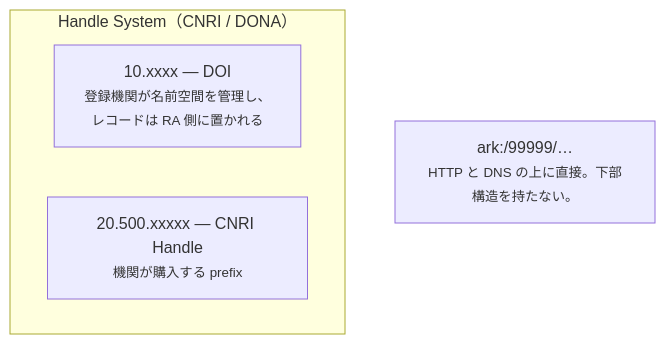
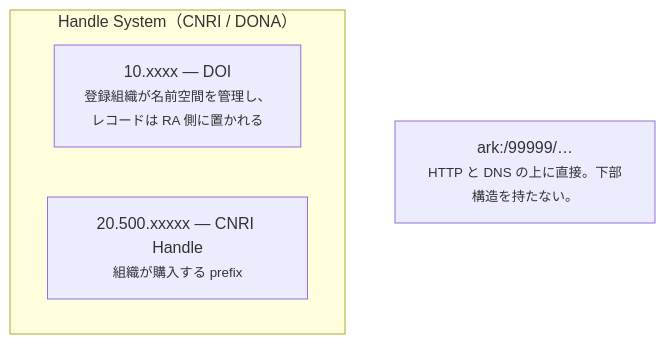
The diagram in docs/concepts/ark.ja.md (RCOSDP/arkhe), drawn with Mermaid before and after one commit. The commit also changed other lines of this file and 62 other files, not shown here.

````diff
--- a/docs/concepts/ark.ja.md
+++ b/docs/concepts/ark.ja.md
@@ -18,8 +18,8 @@
 ```mermaid
 flowchart TB
     subgraph H["Handle System（CNRI / DONA）"]
-        DOI["10.xxxx — DOI<br/><small>登録機関が名前空間を管理し、<br/>レコードは RA 側に置かれる</small>"]
-        HDL["20.500.xxxxx — CNRI Handle<br/><small>機関が購入する prefix</small>"]
+        DOI["10.xxxx — DOI<br/><small>登録組織が名前空間を管理し、<br/>レコードは RA 側に置かれる</small>"]
+        HDL["20.500.xxxxx — CNRI Handle<br/><small>組織が購入する prefix</small>"]
     end
     ARK["ark:/99999/…<br/><small>HTTP と DNS の上に直接。下部構造を持たない。</small>"]
 ```
````
